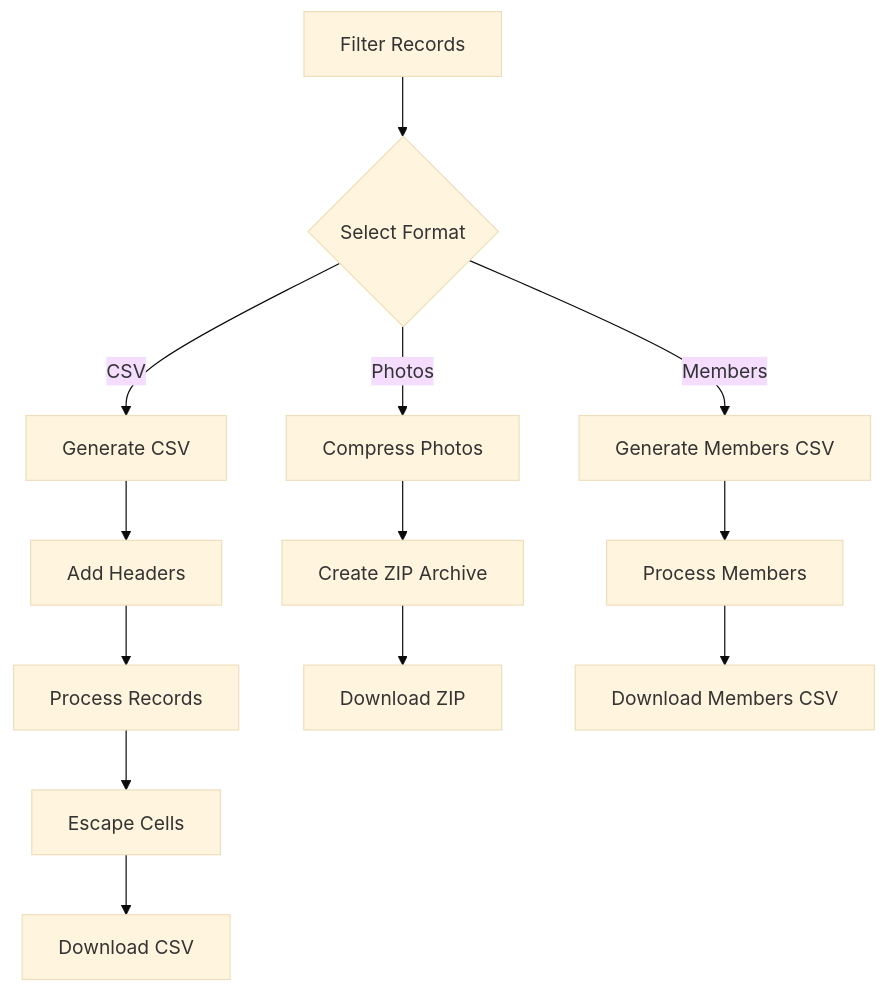
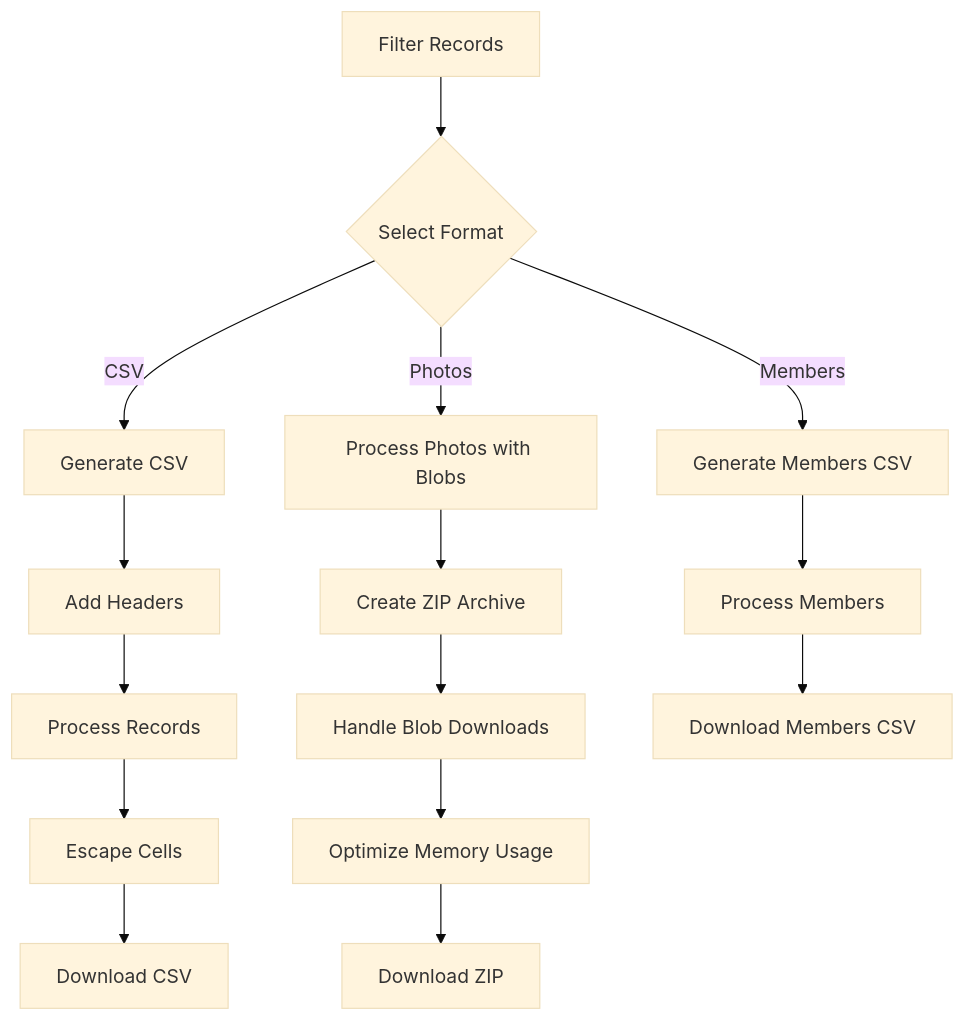
One commit to enga018/newserchhipnorthvc changed the tenth of 11 diagrams in .qoder/repowiki/en/content/Technical Architecture/Single-File Application Architecture.md. Above: the diagram before and after it, drawn with Mermaid (base theme). The commit also changed other lines of this file and 10 other files, not shown here.

````diff
--- a/.qoder/repowiki/en/content/Technical Architecture/Single-File Application Architecture.md
+++ b/.qoder/repowiki/en/content/Technical Architecture/Single-File Application Architecture.md
@@ -388,15 +413,17 @@
 ```mermaid
 flowchart TD
 FilterData[Filter Records] --> SelectFormat{Select Format}
 SelectFormat --> |CSV| GenerateCSV[Generate CSV]
-SelectFormat --> |Photos| CompressPhotos[Compress Photos]
+SelectFormat --> |Photos| ProcessPhotos[Process Photos with Blobs]
 SelectFormat --> |Members| GenerateMembers[Generate Members CSV]
 GenerateCSV --> AddHeaders[Add Headers]
 AddHeaders --> ProcessRecords[Process Records]
 ProcessRecords --> EscapeCells[Escape Cells]
 EscapeCells --> DownloadCSV[Download CSV]
-CompressPhotos --> CreateZIP[Create ZIP Archive]
-CreateZIP --> DownloadZIP[Download ZIP]
+ProcessPhotos --> CreateZIP[Create ZIP Archive]
+CreateZIP --> HandleBlobs[Handle Blob Downloads]
+HandleBlobs --> OptimizeMemory[Optimize Memory Usage]
+OptimizeMemory --> DownloadZIP[Download ZIP]
 GenerateMembers --> ProcessMembers[Process Members]
 ProcessMembers --> DownloadMembers[Download Members CSV]
 ```
````
